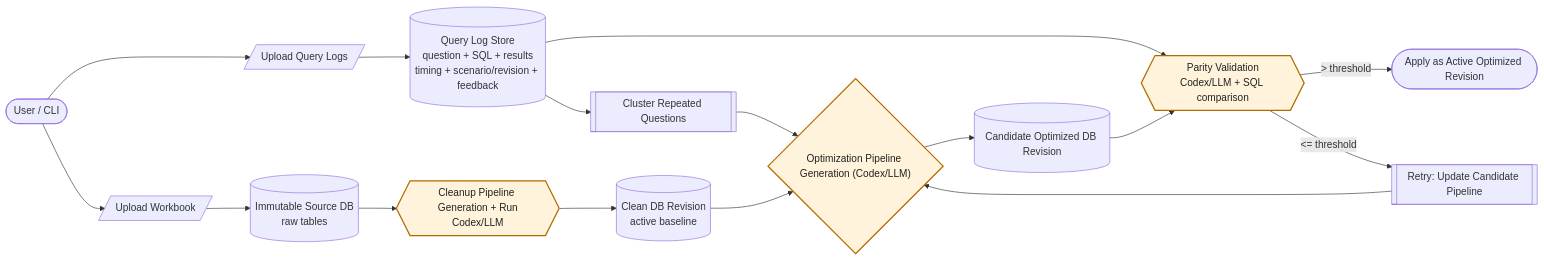
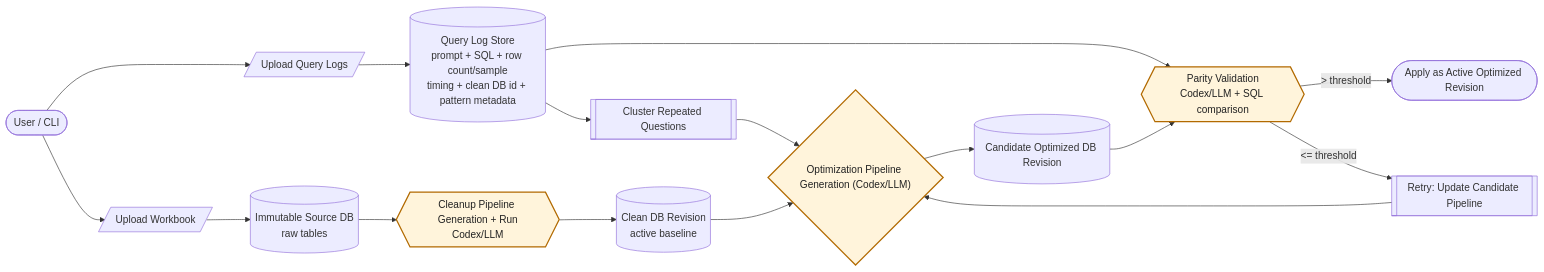
One commit to isakper/self-updating-database changed the first of 2 diagrams in README.md. Above: the diagram before and after it, drawn with Mermaid. The commit also changed other lines of this file, not shown here.

````diff
--- a/README.md
+++ b/README.md
@@ -58,26 +58,26 @@
 ```mermaid
 flowchart LR
   U([User / CLI]) --> W[/Upload Workbook/]
   U --> L[/Upload Query Logs/]
 
   W --> S[("Immutable Source DB<br/>raw tables")]
-  L --> QL[("Query Log Store<br/>question + SQL + results<br/>timing + scenario/revision + feedback")]
+  L --> QL[("Query Log Store<br/>prompt + SQL + row count/sample<br/>timing + clean DB id + pattern metadata")]
 
   S --> C{{Cleanup Pipeline Generation + Run<br/>Codex/LLM}}
   C --> CDB[("Clean DB Revision<br/>active baseline")]
 
   QL --> CL[[Cluster Repeated Questions]]
   CL --> O{"Optimization Pipeline Generation (Codex/LLM)"}
   CDB --> O
 
   O --> OCDB[("Candidate Optimized DB Revision")]
   QL --> P{{Parity Validation<br/>Codex/LLM + SQL comparison}}
   OCDB --> P
 
   P -->|"> threshold"| A([Apply as Active Optimized Revision])
   P -->|"<= threshold"| R[[Retry: Update Candidate Pipeline]]
   R --> O
 
   classDef llm fill:#fff4db,stroke:#b26a00,stroke-width:2px,color:#222;
   class C,O,P llm;
 ```
````
